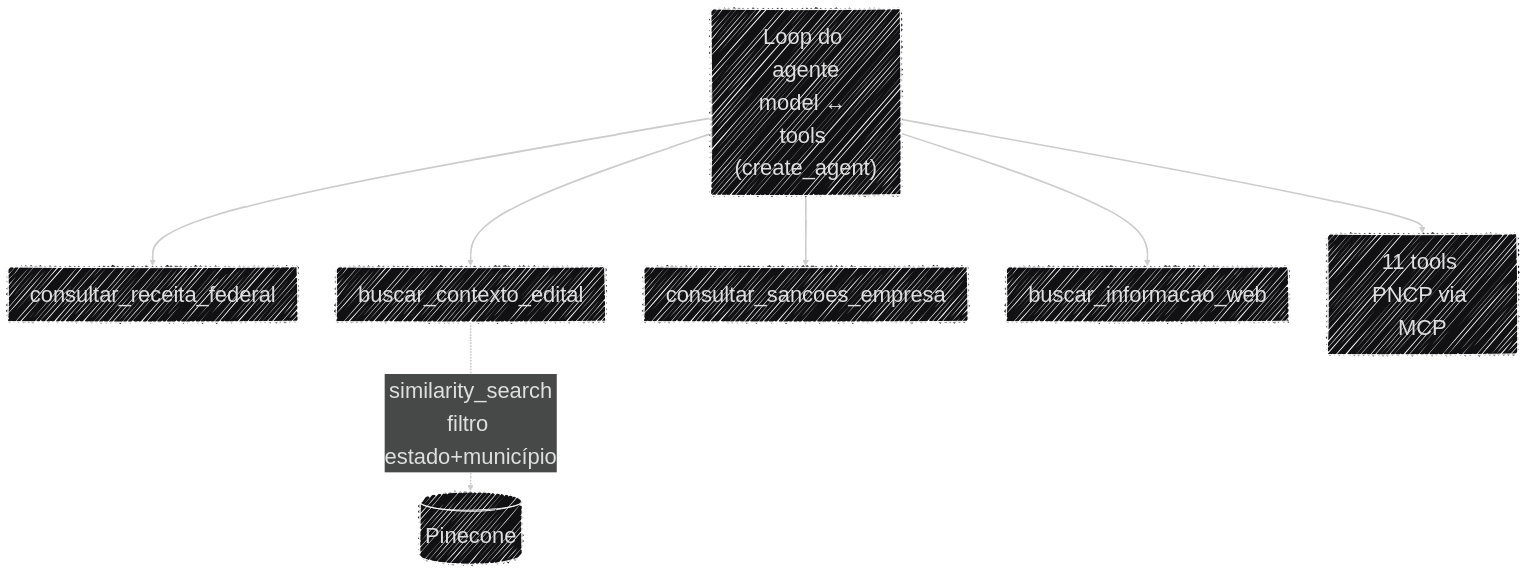
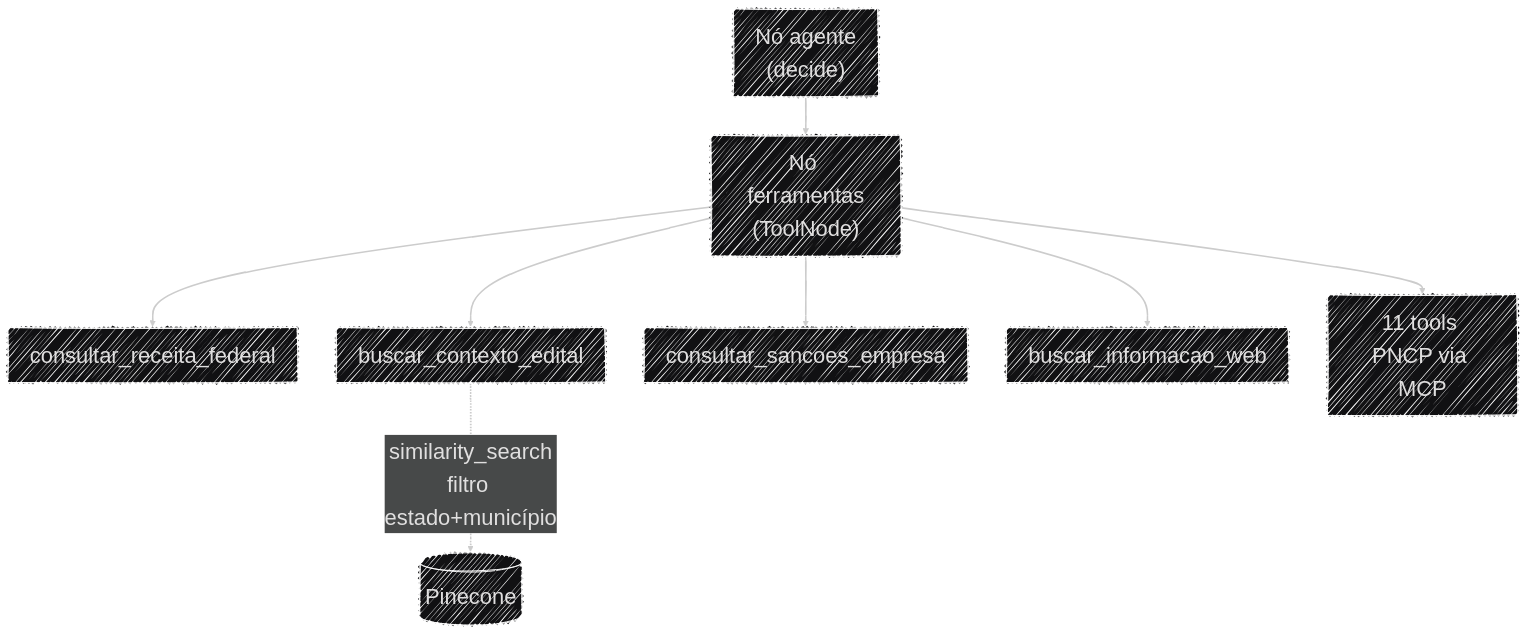
Before and after one commit to Moreira-89/auditor-cidadao: the third of 3 diagrams in docs/arquitetura/fluxo_dados.md, drawn with Mermaid. The commit also changed other lines of this file and 19 other files, not shown here.

````diff
--- a/docs/arquitetura/fluxo_dados.md
+++ b/docs/arquitetura/fluxo_dados.md
@@ -82,19 +102,20 @@
 ```mermaid
 ---
 config:
   layout: dagre
   theme: redux-dark
   look: handDrawn
   fontFamily: '''Source Code Pro Variable'', monospace'
   themeVariables:
     fontFamily: '''Source Code Pro Variable'', monospace'
     fontSize: '30px'
 ---
 flowchart TB
-    AGENTE["Loop do agente<br>model ↔ tools (create_agent)"] --> RF["consultar_receita_federal"]
-    AGENTE --> RAG["buscar_contexto_edital"]
-    AGENTE --> SANC["consultar_sancoes_empresa"]
-    AGENTE --> WEB["buscar_informacao_web"]
-    AGENTE --> MCP["11 tools PNCP via MCP"]
+    AGENTE["Nó agente<br>(decide)"] --> FERR["Nó ferramentas<br>(ToolNode)"]
+    FERR --> RF["consultar_receita_federal"]
+    FERR --> RAG["buscar_contexto_edital"]
+    FERR --> SANC["consultar_sancoes_empresa"]
+    FERR --> WEB["buscar_informacao_web"]
+    FERR --> MCP["11 tools PNCP via MCP"]
     RAG -.->|"similarity_search<br>filtro estado+município"| PC[("Pinecone")]
 ```
````
